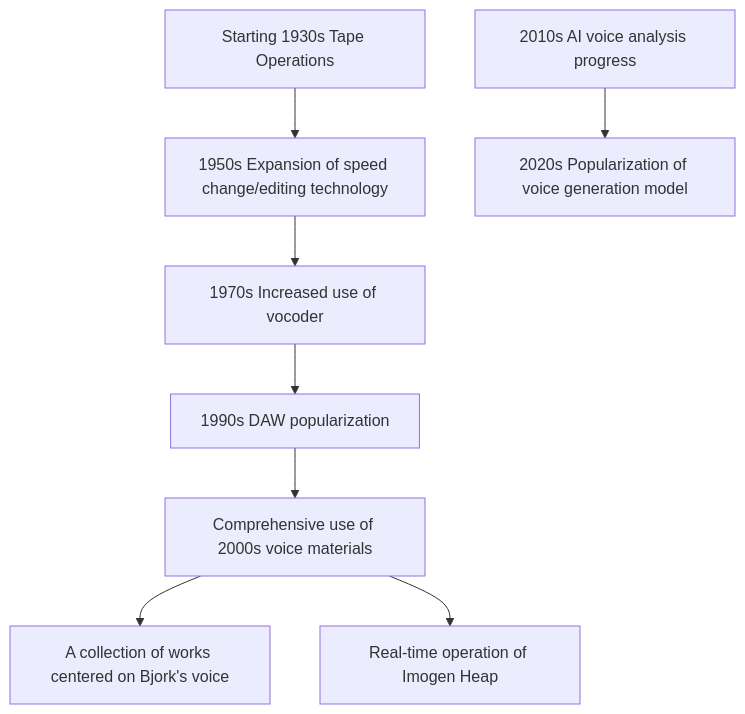
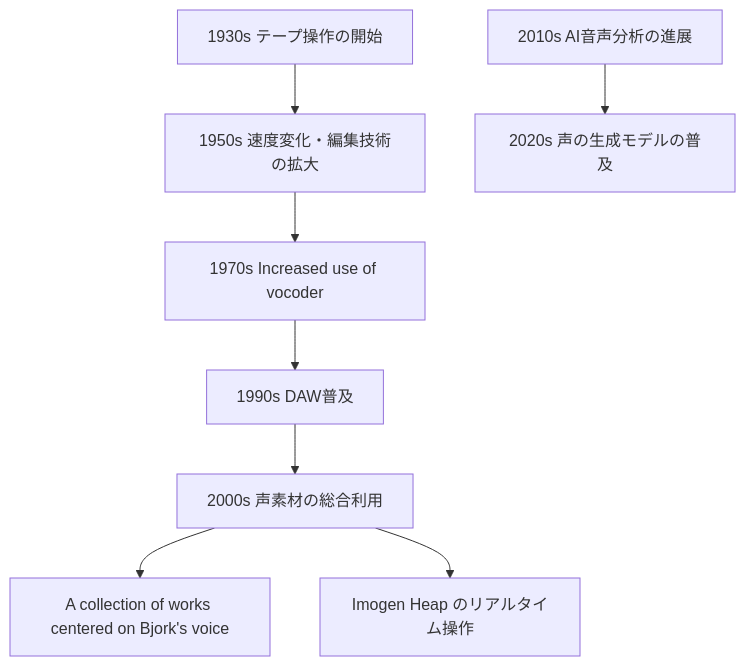
The second of 2 diagrams in en/_posts/2025-12-10-column-experimental-vocal-voice-manipulation.md (monumental-movement/monumental-movement.github.io), drawn with Mermaid before and after one commit. The commit also changed other lines of this file and 2196 other files, not shown here.

```diff
--- a/en/_posts/2025-12-10-column-experimental-vocal-voice-manipulation.md
+++ b/en/_posts/2025-12-10-column-experimental-vocal-voice-manipulation.md
@@ -177,10 +176,10 @@
 <div class="mermaid">
 flowchart TD
-    A["Starting 1930s Tape Operations"] --> B["1950s Expansion of speed change/editing technology"]
+    A["1930s テープ操作の開始"] --> B["1950s 速度変化・編集技術の拡大"]
     B --> C["1970s Increased use of vocoder"]
-    C --> D["1990s DAW popularization"]
-    D --> E["Comprehensive use of 2000s voice materials"]
+    C --> D["1990s DAW普及"]
+    D --> E["2000s 声素材の総合利用"]
     E --> F["A collection of works centered on Bjork's voice"]
-    E --> G["Real-time operation of Imogen Heap"]
-    H["2010s AI voice analysis progress"] --> I["2020s Popularization of voice generation model"]
+    E --> G["Imogen Heap のリアルタイム操作"]
+    H["2010s AI音声分析の進展"] --> I["2020s 声の生成モデルの普及"]
 </div>
```
